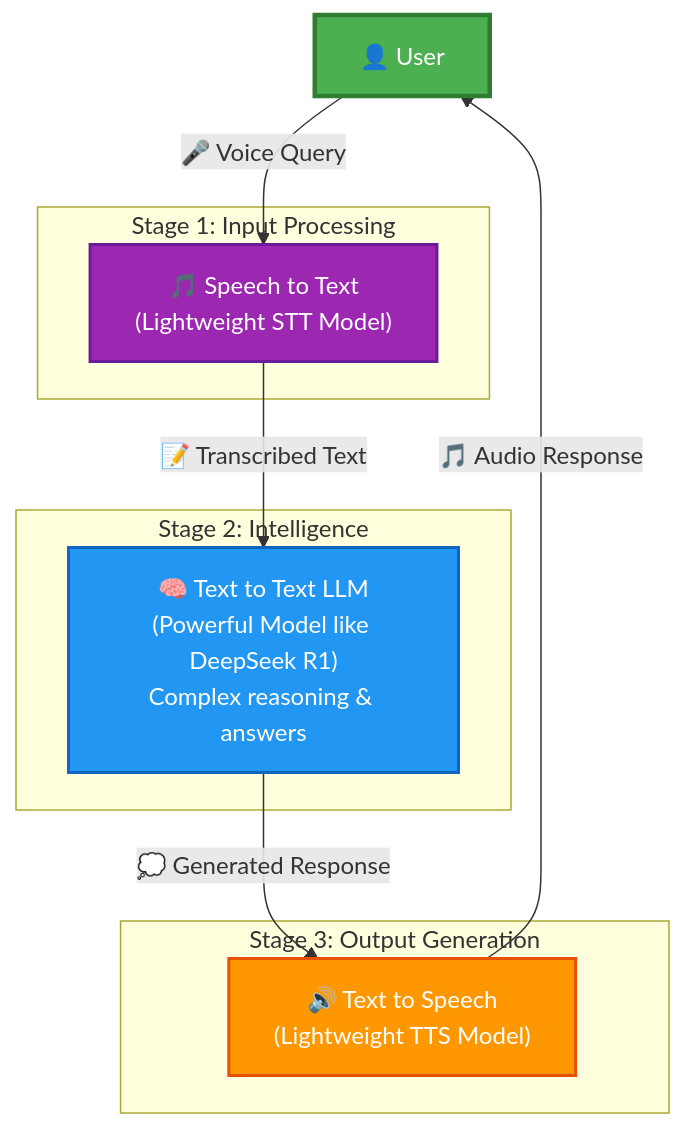
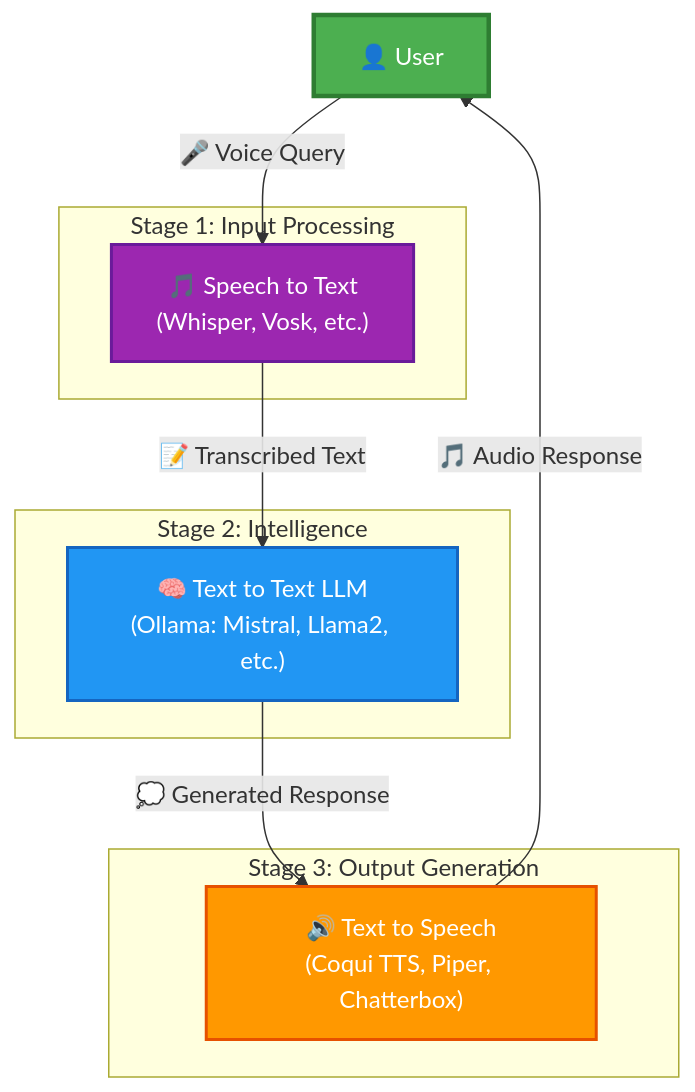
Before and after one commit to wcygan/voice-assistant: the diagram in README.md, drawn with Mermaid. The commit also changed other lines of this file and 14 other files, not shown here.

````diff
--- a/README.md
+++ b/README.md
@@ -7,24 +27,24 @@
 ```mermaid
 flowchart TD
     A[👤 User] -->|"🎤 Voice Query"| B[🎵 Speech to Text]
     B -->|"📝 Transcribed Text"| C[🧠 Text to Text LLM]
     C -->|"💭 Generated Response"| D[🔊 Text to Speech]
     D -->|"🎵 Audio Response"| A
     
     subgraph "Stage 1: Input Processing"
-        B["🎵 Speech to Text<br/>(Lightweight STT Model)"]
+        B["🎵 Speech to Text<br/>(Whisper, Vosk, etc.)"]
     end
     
     subgraph "Stage 2: Intelligence"
-        C["🧠 Text to Text LLM<br/>(Powerful Model like DeepSeek R1)<br/>Complex reasoning & answers"]
+        C["🧠 Text to Text LLM<br/>(Ollama: Mistral, Llama2, etc.)"]
     end
     
     subgraph "Stage 3: Output Generation"
-        D["🔊 Text to Speech<br/>(Lightweight TTS Model)"]
+        D["🔊 Text to Speech<br/>(Coqui TTS, Piper, Chatterbox)"]
     end
     
     style A fill:#4CAF50,stroke:#2E7D32,stroke-width:3px,color:#fff
     style B fill:#9C27B0,stroke:#6A1B9A,stroke-width:2px,color:#fff
     style C fill:#2196F3,stroke:#1565C0,stroke-width:2px,color:#fff
     style D fill:#FF9800,stroke:#E65100,stroke-width:2px,color:#fff
 ```
````
